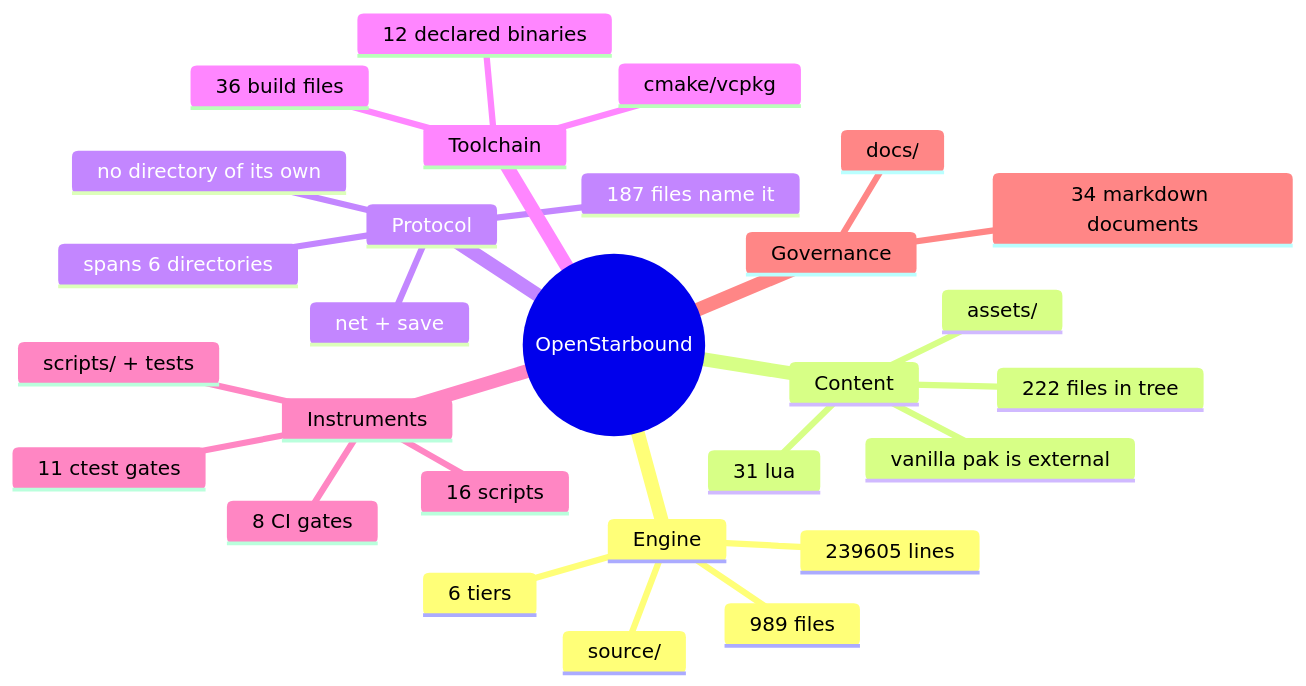
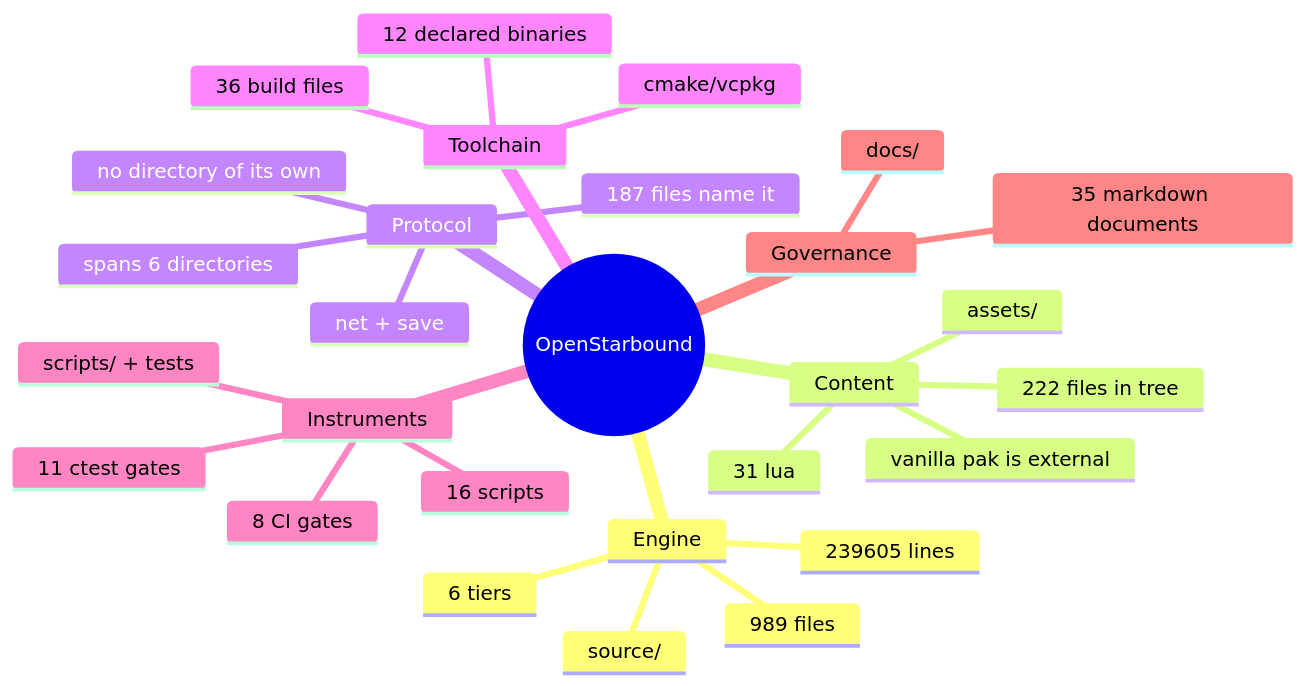
Before and after one commit to apnex/OpenStarbound: the second of 11 diagrams in docs/architecture/system-boundaries.md, drawn with Mermaid. The commit also changed 1 other file, not shown here.

First paragraph of the commit message:
docs(spec): sovereign headless client -- WIP design, section 1 approved
Written mid-brainstorm at the Director's request, ahead of a context compaction, so the reasoning
survives. Section 1 is approved; sections 2-6 are outstanding and listed as such in section 7 rather
than left as silent gaps.

````diff
--- a/docs/architecture/system-boundaries.md
+++ b/docs/architecture/system-boundaries.md
@@ -166,31 +166,31 @@
 ```mermaid
 mindmap
   root((OpenStarbound))
     Engine
       source/
       989 files
       239605 lines
       6 tiers
     Content
       assets/
       222 files in tree
       31 lua
       vanilla pak is external
     Protocol
       net + save
       187 files name it
       spans 6 directories
       no directory of its own
     Toolchain
       cmake/vcpkg
       36 build files
       12 declared binaries
     Instruments
       scripts/ + tests
       16 scripts
       11 ctest gates
       8 CI gates
     Governance
       docs/
-      34 markdown documents
+      35 markdown documents
 ```
````
